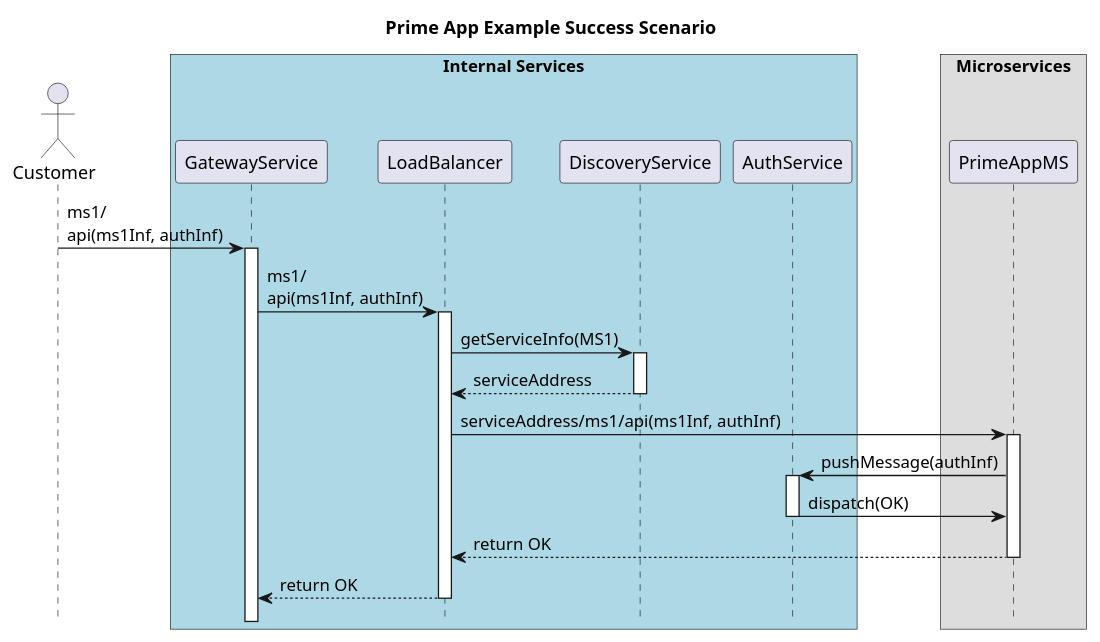
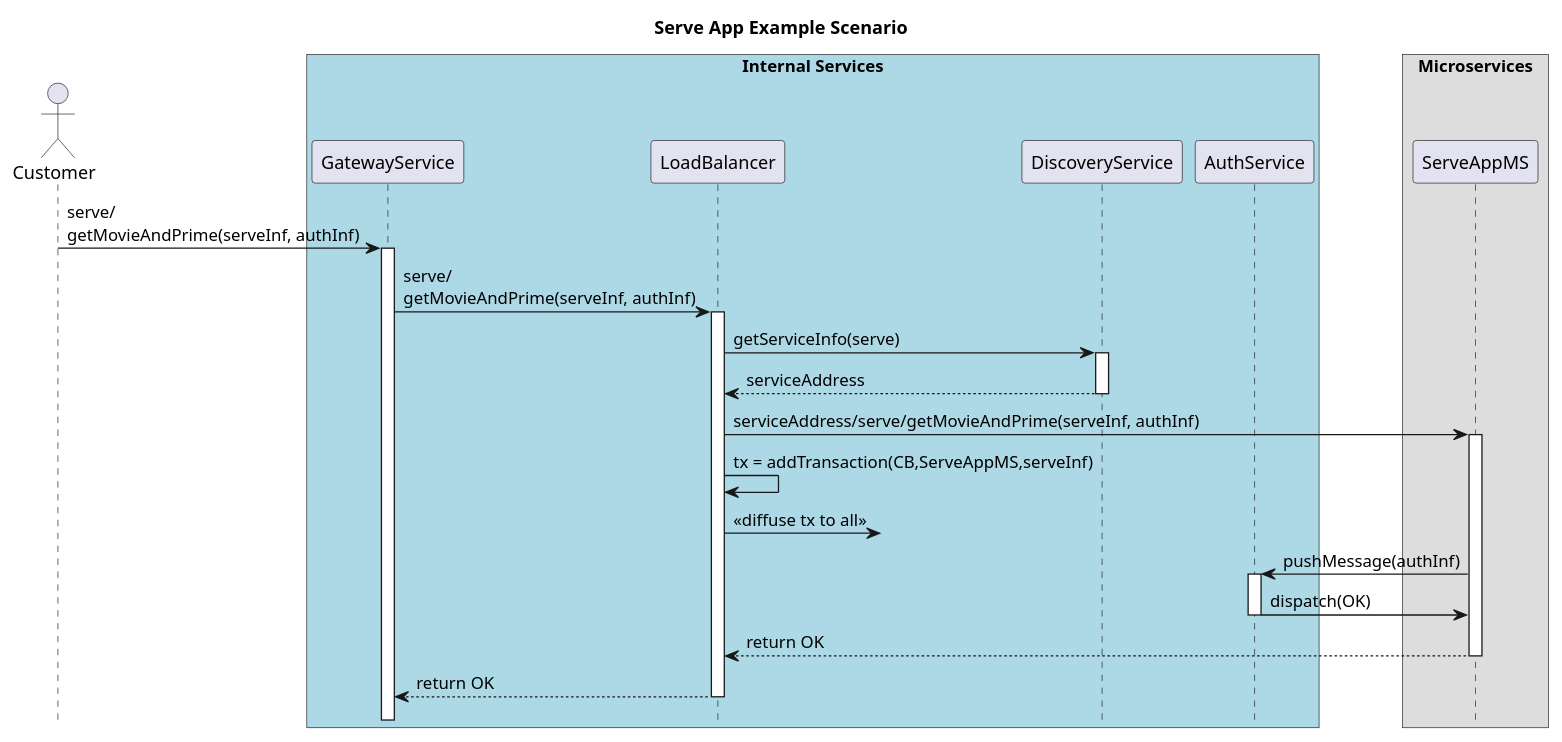
One commit to naimyurek/microblockthesis changed the diagram in 10 Servapp Example Success.wsd. Above: the diagram before and after it, drawn with PlantUML. The commit also changed 7 other files, not shown here.

```diff
--- a/10 Servapp Example Success.wsd
+++ b/10 Servapp Example Success.wsd
@@ -1,31 +1,33 @@
 @startuml ServeAppScenario
 !pragma teoz true
 
-title "Prime App Example Success Scenario"
+title "Serve App Example Scenario"
 
 hide footbox
 actor Customer
 
 
 box "Internal Services" #LightBlue
 participant GatewayService
 participant LoadBalancer
 participant DiscoveryService
 participant AuthService
 end box
 
 box "Microservices"
-participant PrimeAppMS
+participant ServeAppMS
 end box
 
-Customer -> GatewayService ++ : ms1/\napi(ms1Inf, authInf)
-GatewayService -> LoadBalancer ++ : ms1/\napi(ms1Inf, authInf)
-LoadBalancer -> DiscoveryService ++ : getServiceInfo(MS1)
+Customer -> GatewayService ++ : serve/\ngetMovieAndPrime(serveInf, authInf)
+GatewayService -> LoadBalancer ++ : serve/\ngetMovieAndPrime(serveInf, authInf)
+LoadBalancer -> DiscoveryService ++ : getServiceInfo(serve)
 return serviceAddress 
-LoadBalancer -> PrimeAppMS ++ : serviceAddress/ms1/api(ms1Inf, authInf)
-PrimeAppMS -> AuthService ++ : pushMessage(authInf)
-AuthService -> PrimeAppMS -- : dispatch(OK)
+LoadBalancer -> ServeAppMS ++ : serviceAddress/serve/getMovieAndPrime(serveInf, authInf)
+LoadBalancer -> LoadBalancer: tx = addTransaction(CB,ServeAppMS,serveInf)
+LoadBalancer ->? : << diffuse tx to all >>
+ServeAppMS -> AuthService ++ : pushMessage(authInf)
+AuthService -> ServeAppMS -- : dispatch(OK)
 return return OK 
 return return OK 
 
 @enduml
```
